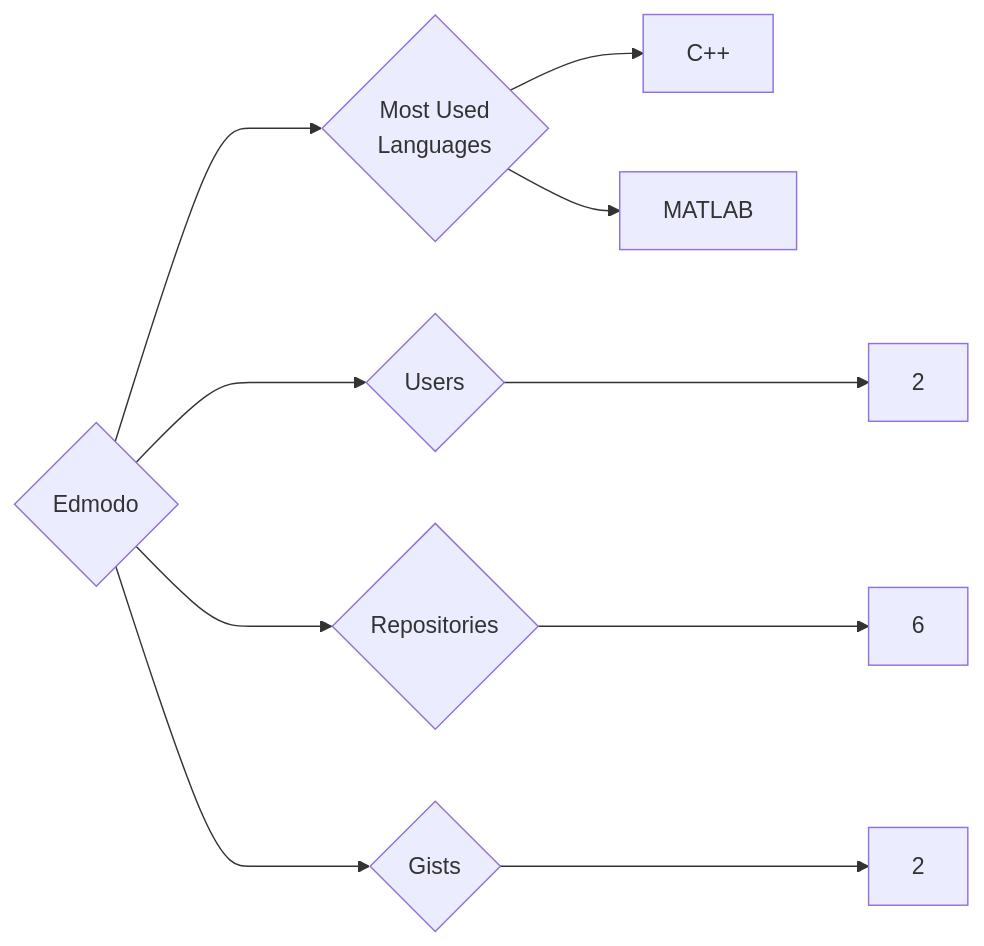
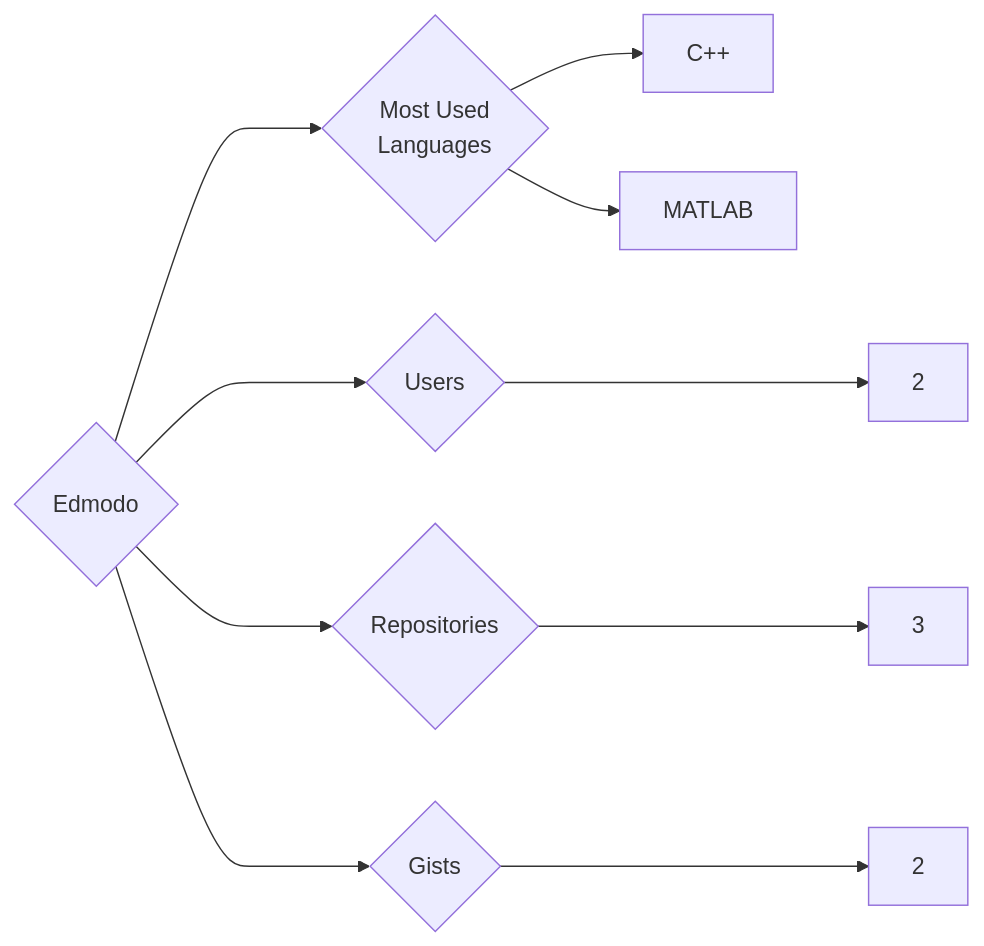
One commit to trickest/insiders changed the diagram in targets/Edmodo/README.md. Above: the diagram before and after it, drawn with Mermaid. The commit also changed 745 other files, not shown here.

````diff
--- a/targets/Edmodo/README.md
+++ b/targets/Edmodo/README.md
@@ -3,10 +3,10 @@
 ```mermaid
 graph LR
 COMPANY_NAME{Edmodo}
 COMPANY_NAME ---> U{Users} ---> UN[2]
-COMPANY_NAME ---> R{Repositories} ---> RN[6]
+COMPANY_NAME ---> R{Repositories} ---> RN[3]
 COMPANY_NAME ---> G{Gists} ---> GN[2]
 COMPANY_NAME ---> ML{Most Used<br>Languages}
 ML --> C++[C++]
 ML --> MATLAB[MATLAB]
 ```
````
